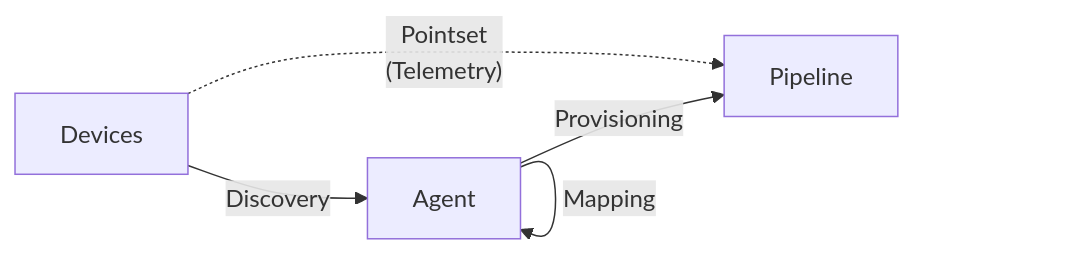
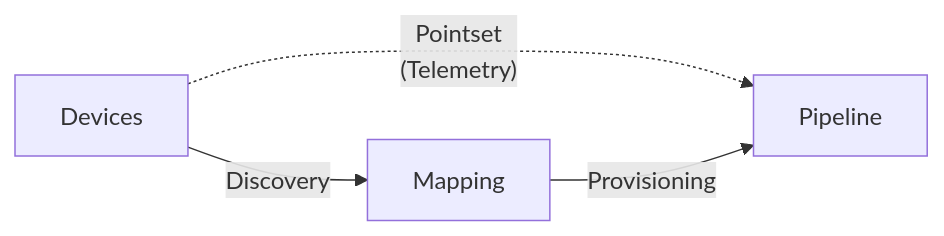
One commit to grafnu/udmi changed the diagram in docs/specs/onboarding.md. Above: the diagram before and after it, drawn with Mermaid.

Commit message:
Update onboarding diagram nodes and flow
Replace Agent node with Mapping node and remove self-loopback from onboarding flowchart.

TAG=agy
CONV=f0ce9094-0c42-4b33-a426-7de9fd846e4e

````diff
--- a/docs/specs/onboarding.md
+++ b/docs/specs/onboarding.md
@@ -29,10 +29,9 @@
 ```mermaid
 flowchart LR
   D[Devices]
-  A[Agent]
+  M[Mapping]
   P[Pipeline]
   D -. "Pointset\n(Telemetry)" .-> P
-  D -- Discovery --> A
-  A -- Provisioning --> P
-  A -- Mapping --> A
+  D -- Discovery --> M
+  M -- Provisioning --> P
 ```
````
